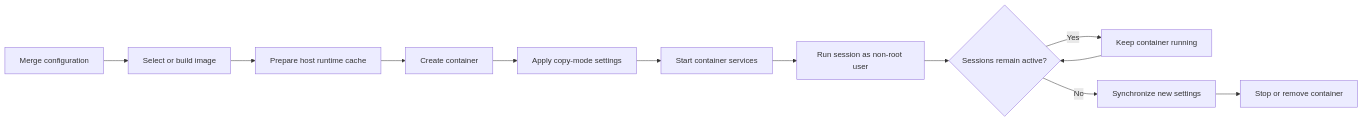
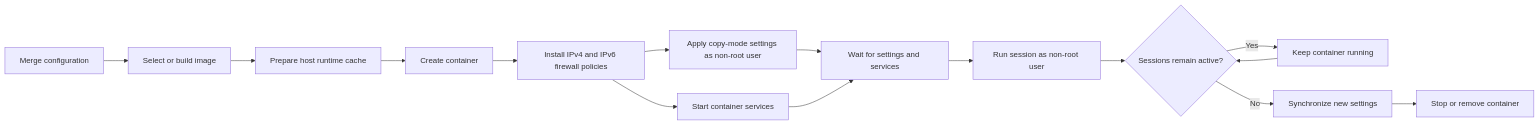
One commit to MaibornWolff/sandbox changed the second of 2 diagrams in docs/ARCHITECTURE.md. Above: the diagram before and after it, drawn with Mermaid. The commit also changed other lines of this file and 52 other files, not shown here.

````diff
--- a/docs/ARCHITECTURE.md
+++ b/docs/ARCHITECTURE.md
@@ -168,14 +172,17 @@
 ```mermaid
 flowchart LR
   Config[Merge configuration] --> Image[Select or build image]
   Image --> Runtime[Prepare host runtime cache]
   Runtime --> Create[Create container]
-  Create --> Apply[Apply copy-mode settings]
-  Apply --> Services[Start container services]
-  Services --> Session[Run session as non-root user]
+  Create --> Security[Install IPv4 and IPv6 firewall policies]
+  Security --> Apply[Apply copy-mode settings as non-root user]
+  Security --> Services[Start container services]
+  Apply --> Ready[Wait for settings and services]
+  Services --> Ready
+  Ready --> Session[Run session as non-root user]
   Session --> Idle{Sessions remain active?}
   Idle -->|Yes| Wait[Keep container running]
   Wait --> Idle
   Idle -->|No| Sync[Synchronize new settings]
   Sync --> Stop[Stop or remove container]
 ```
````
